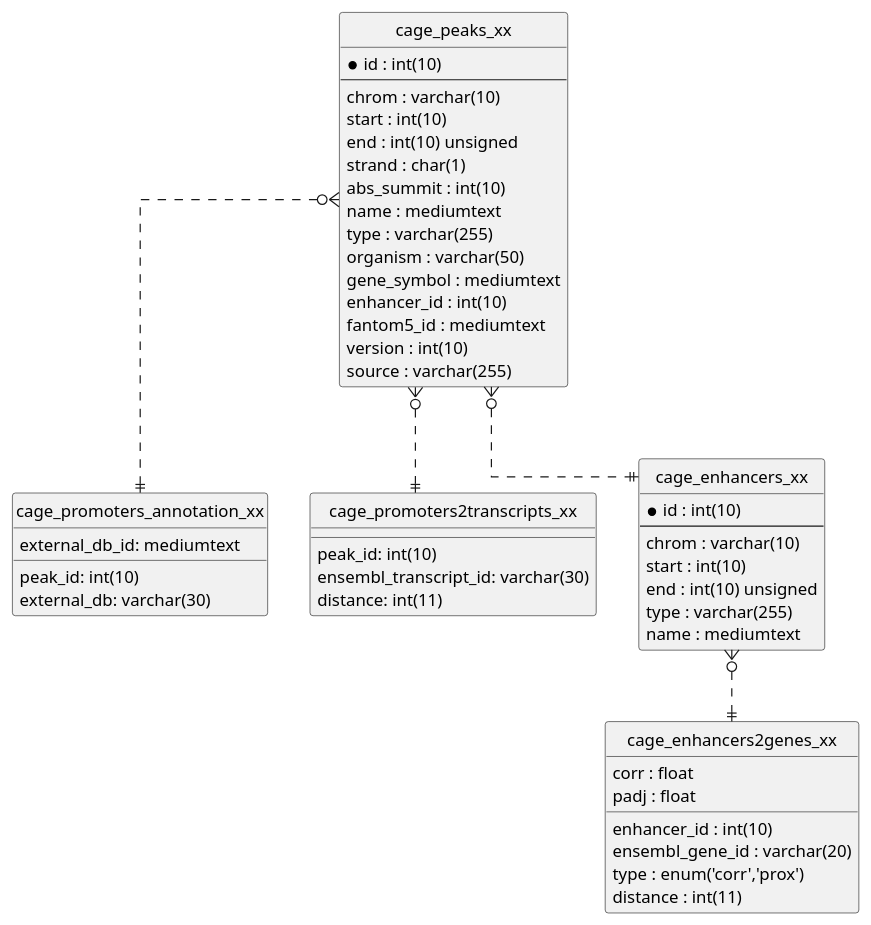
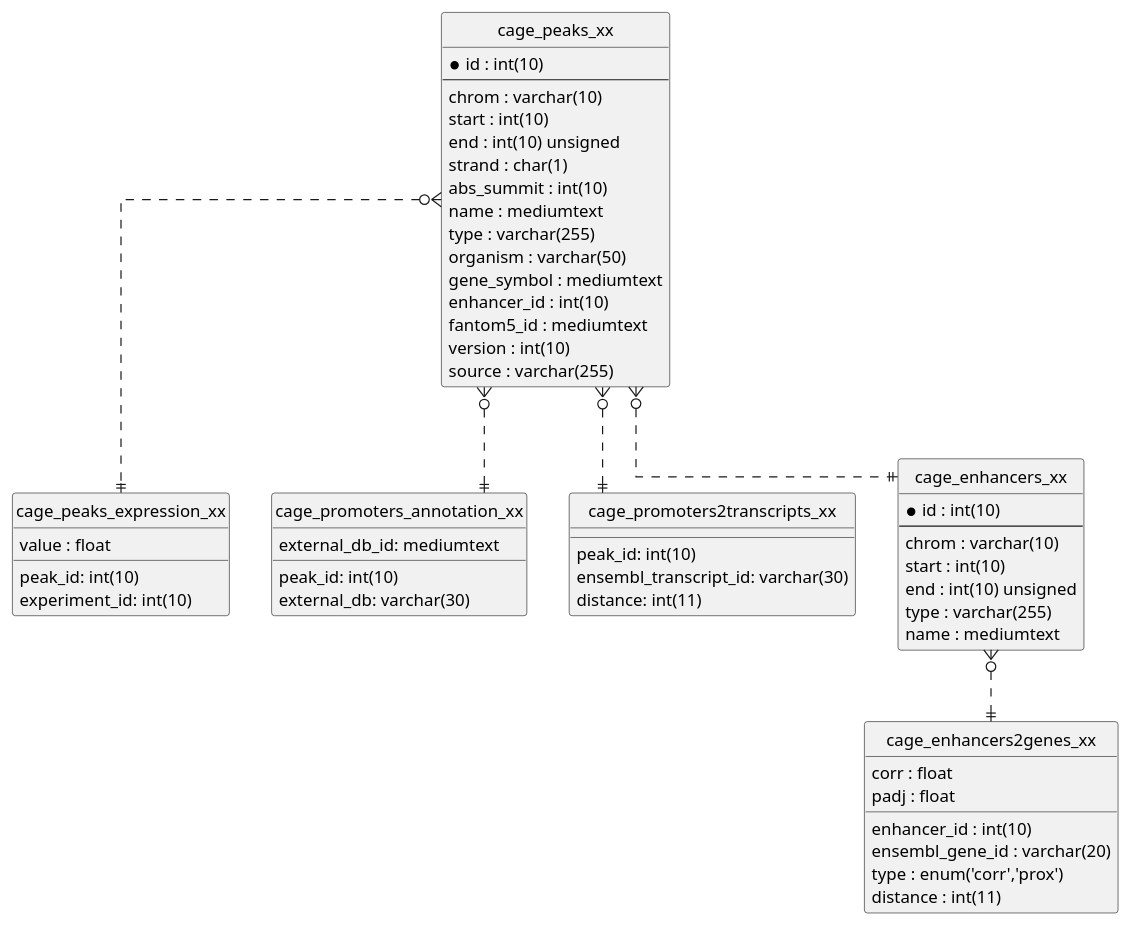
One commit to Biosoft-ru/gtrd-docs changed the diagram in source/diagrams/cage-seq.puml. Above: the diagram before and after it, drawn with PlantUML. The commit also changed 1 other file, not shown here.

```diff
--- a/source/diagrams/cage-seq.puml
+++ b/source/diagrams/cage-seq.puml
@@ -1,56 +1,63 @@
    hide circle
    skinparam linetype ortho
 
    entity "cage_peaks_xx" as peaks {
      *id : int(10)
      --
      chrom : varchar(10)
      start : int(10)
      end : int(10) unsigned 
      strand : char(1)
      abs_summit : int(10)
      name : mediumtext
      type : varchar(255)
      organism : varchar(50)
      gene_symbol : mediumtext
      enhancer_id : int(10)
      fantom5_id : mediumtext
      version : int(10)
      source : varchar(255)
+   }
+
+   entity "cage_peaks_expression_xx" as expression {
+     peak_id: int(10)
+     experiment_id: int(10)
+     value : float
    }
 
    entity "cage_promoters_annotation_xx" as annotation {
      peak_id: int(10)
      external_db: varchar(30)
      external_db_id: mediumtext
    }
 
    entity "cage_promoters2transcripts_xx" as transcripts {
      peak_id: int(10)
      ensembl_transcript_id: varchar(30)
      distance: int(11)
    }
 
    entity "cage_enhancers_xx" as enhancers {
      *id : int(10)
      --
      chrom : varchar(10)
      start : int(10)
      end : int(10) unsigned 
      type : varchar(255)
      name : mediumtext
    }
 
    entity "cage_enhancers2genes_xx" as enhancers2genes {
      enhancer_id : int(10)
      ensembl_gene_id : varchar(20)
      type : enum('corr','prox')
      distance : int(11)
      corr : float
      padj : float
    }
 
    peaks }o..|| annotation
    peaks }o..|| transcripts
    peaks }o..|| enhancers
+   peaks }o..|| expression
    enhancers }o..|| enhancers2genes
```
